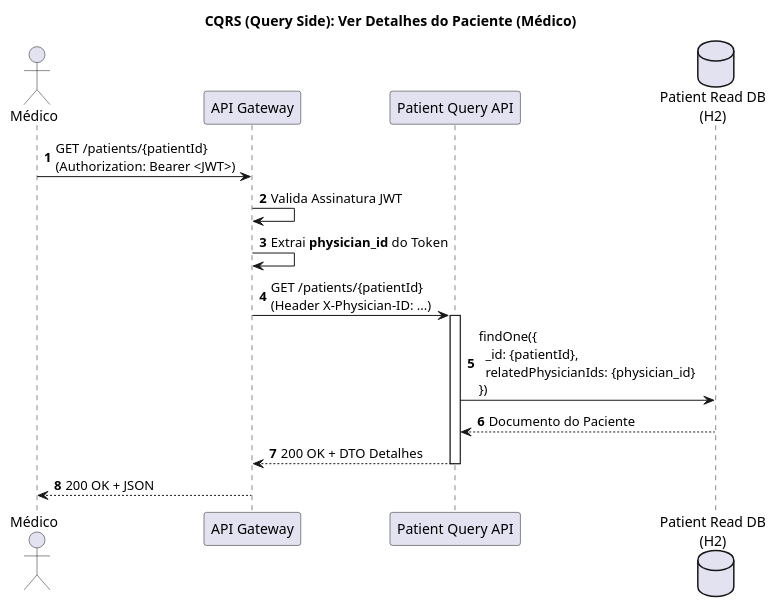
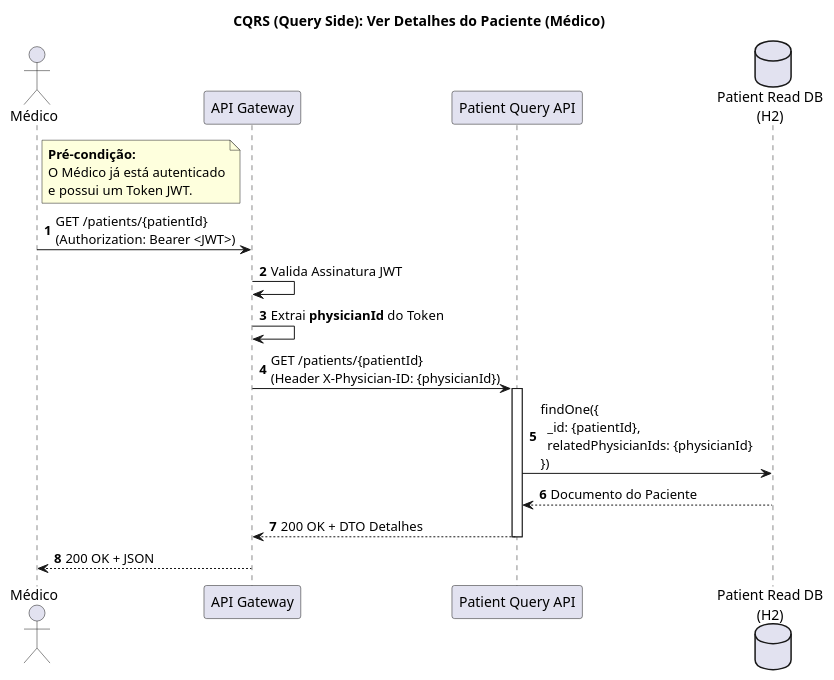
One commit to Parafita123/LETI_SIDIS_3DA_2 changed the diagram in docs/2_entrega/Sequence Diagram/Diagrama de Sequencia - Ver Detalhes de Paciente.puml. Above: the diagram before and after it, drawn with PlantUML. The commit also changed 6 other files, not shown here.

Commit message:
Finalização dos diagramas

```diff
--- a/docs/2_entrega/Sequence Diagram/Diagrama de Sequencia - Ver Detalhes de Paciente.puml
+++ b/docs/2_entrega/Sequence Diagram/Diagrama de Sequencia - Ver Detalhes de Paciente.puml
@@ -1,28 +1,35 @@
 @startuml
 title CQRS (Query Side): Ver Detalhes do Paciente (Médico)
 
 actor "Médico" as User
 participant "API Gateway" as Gateway
 participant "Patient Query API" as QueryAPI
 database "Patient Read DB\n(H2)" as RDB
 
 autonumber
 
+note right of User
+  **Pré-condição:**
+  O Médico já está autenticado
+  e possui um Token JWT.
+end note
+
 User -> Gateway : GET /patients/{patientId}\n(Authorization: Bearer <JWT>)
 
 Gateway -> Gateway : Valida Assinatura JWT
-Gateway -> Gateway : Extrai **physician_id** do Token
+Gateway -> Gateway : Extrai **physicianId** do Token
 
-Gateway -> QueryAPI : GET /patients/{patientId}\n(Header X-Physician-ID: ...)
+Gateway -> QueryAPI : GET /patients/{patientId}\n(Header X-Physician-ID: {physicianId})
 
 activate QueryAPI
-    QueryAPI -> RDB : findOne({ \n  _id: {patientId}, \n  relatedPhysicianIds: {physician_id} \n})
+
+    QueryAPI -> RDB : findOne({ \n  _id: {patientId}, \n  relatedPhysicianIds: {physicianId} \n})
 
     RDB --> QueryAPI : Documento do Paciente
 
     QueryAPI --> Gateway : 200 OK + DTO Detalhes
 deactivate QueryAPI
 
 Gateway --> User : 200 OK + JSON
 
 @enduml
```
